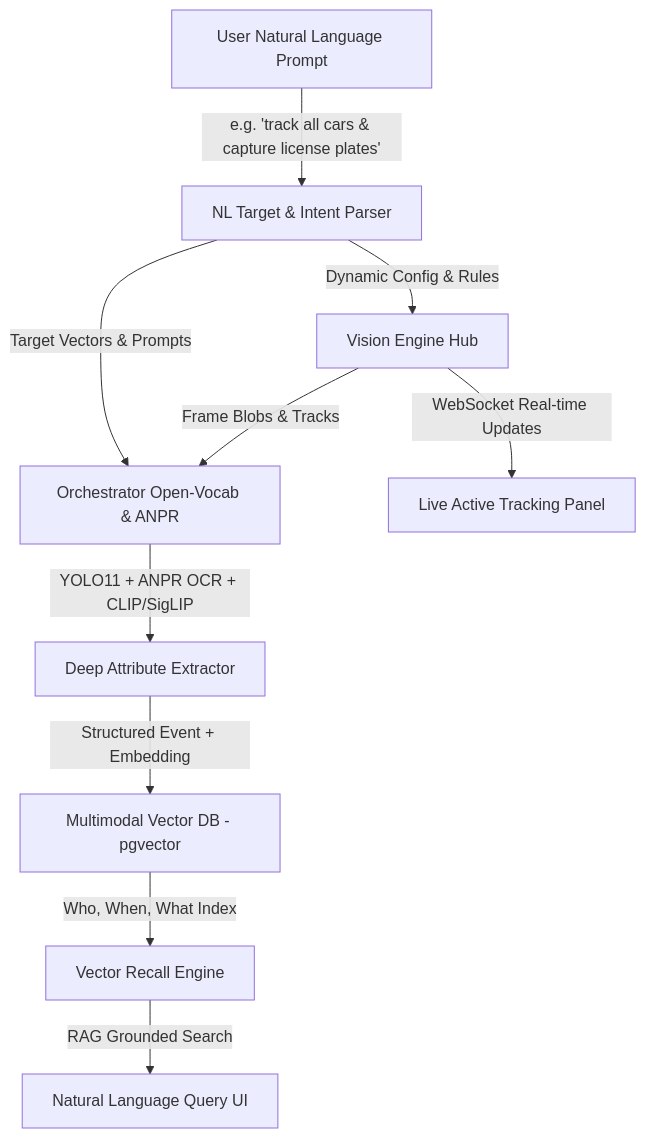
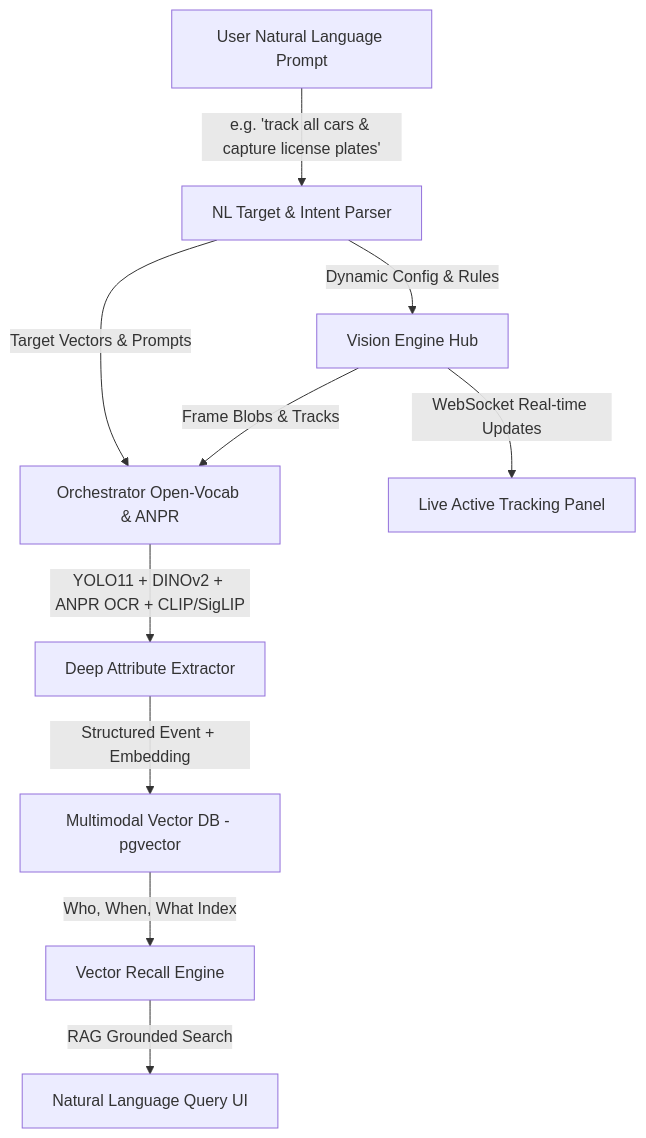
One commit to GeekatplayStudio/WatchingEye changed the diagram in docs/architecture/0005-natural-language-vector-dataset-ai.md. Above: the diagram before and after it, drawn with Mermaid. The commit also changed other lines of this file and 31 other files, not shown here.

First line of the commit message:
Ship hybrid appearance ReID and multi-camera identity timelines.

````diff
--- a/docs/architecture/0005-natural-language-vector-dataset-ai.md
+++ b/docs/architecture/0005-natural-language-vector-dataset-ai.md
@@ -18,15 +28,15 @@
 ```mermaid
 graph TD
     A[User Natural Language Prompt] -->|e.g. 'track all cars & capture license plates'| B[NL Target & Intent Parser]
     B -->|Dynamic Config & Rules| C[Vision Engine Hub]
     B -->|Target Vectors & Prompts| D[Orchestrator Open-Vocab & ANPR]
     
     C -->|Frame Blobs & Tracks| D
-    D -->|YOLO11 + ANPR OCR + CLIP/SigLIP| E[Deep Attribute Extractor]
+    D -->|YOLO11 + DINOv2 + ANPR OCR + CLIP/SigLIP| E[Deep Attribute Extractor]
     
     E -->|Structured Event + Embedding| F[Multimodal Vector DB - pgvector]
     F -->|Who, When, What Index| G[Vector Recall Engine]
     
     G -->|RAG Grounded Search| H[Natural Language Query UI]
     C -->|WebSocket Real-time Updates| I[Live Active Tracking Panel]
 ```
````
